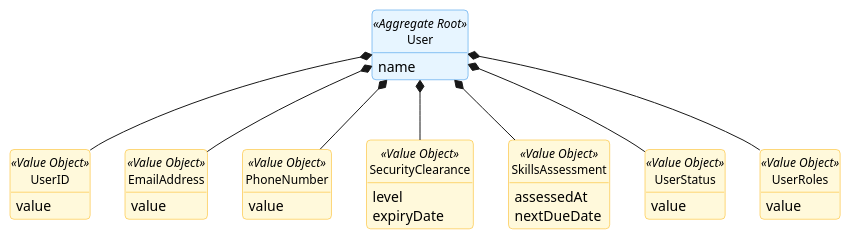
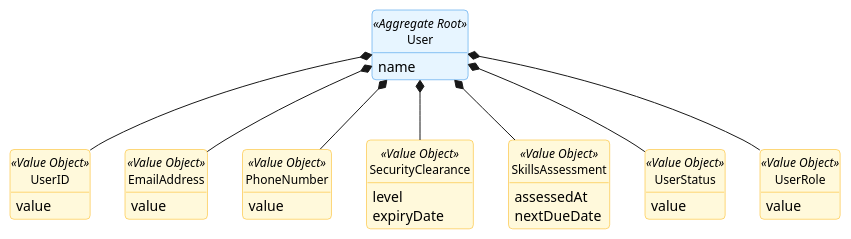
The diagram in docs/global-artifacts/02.analysis/puml/Aggregates/UserAggregate.puml (GustavoFerreira24/flight-management-platform), drawn with PlantUML before and after one commit. The commit also changed 5 other files, not shown here.

```diff
--- a/docs/global-artifacts/02.analysis/puml/Aggregates/UserAggregate.puml
+++ b/docs/global-artifacts/02.analysis/puml/Aggregates/UserAggregate.puml
@@ -1,67 +1,67 @@
 @startuml
 skinparam {
     BackgroundColor white
     RoundCorner 8
     Shadowing false
     Handwritten false
     ClassAttributeIconSize 0
 
     ClassBackgroundColor white
     ClassBorderColor #495057
     ClassFontSize 12
 
     ClassBackgroundColor<<Aggregate Root>> #E7F5FF
     ClassBorderColor<<Aggregate Root>> #228BE6
 
     ClassBackgroundColor<<Value Object>> #FFF9DB
     ClassBorderColor<<Value Object>> #FAB005
 
     ClassBackgroundColor<<Entity>> #F3F0FF
     ClassBorderColor<<Entity>> #7950F2
 }
 hide circle
 hide methods
 
 class User <<Aggregate Root>> {
            name
     }
 
     class UserID <<Value Object>> {
         value
     }
 
     class EmailAddress <<Value Object>> {
         value
     }
 
     class PhoneNumber <<Value Object>> {
         value
     }
 
     class SecurityClearance <<Value Object>> {
          level
          expiryDate
     }
 
     class SkillsAssessment <<Value Object>> {
           assessedAt
           nextDueDate
     }
 
     class UserStatus <<Value Object>> {
         value
     }
 
-    class UserRoles <<Value Object>> {
+    class UserRole <<Value Object>> {
         value
     }
 
     User *-- UserStatus
-    User *-- UserRoles
+    User *-- UserRole
     User *-- SecurityClearance
     User *-- SkillsAssessment
     User *-- EmailAddress
     User *-- PhoneNumber
     User *-- UserID
 
 @enduml
```
